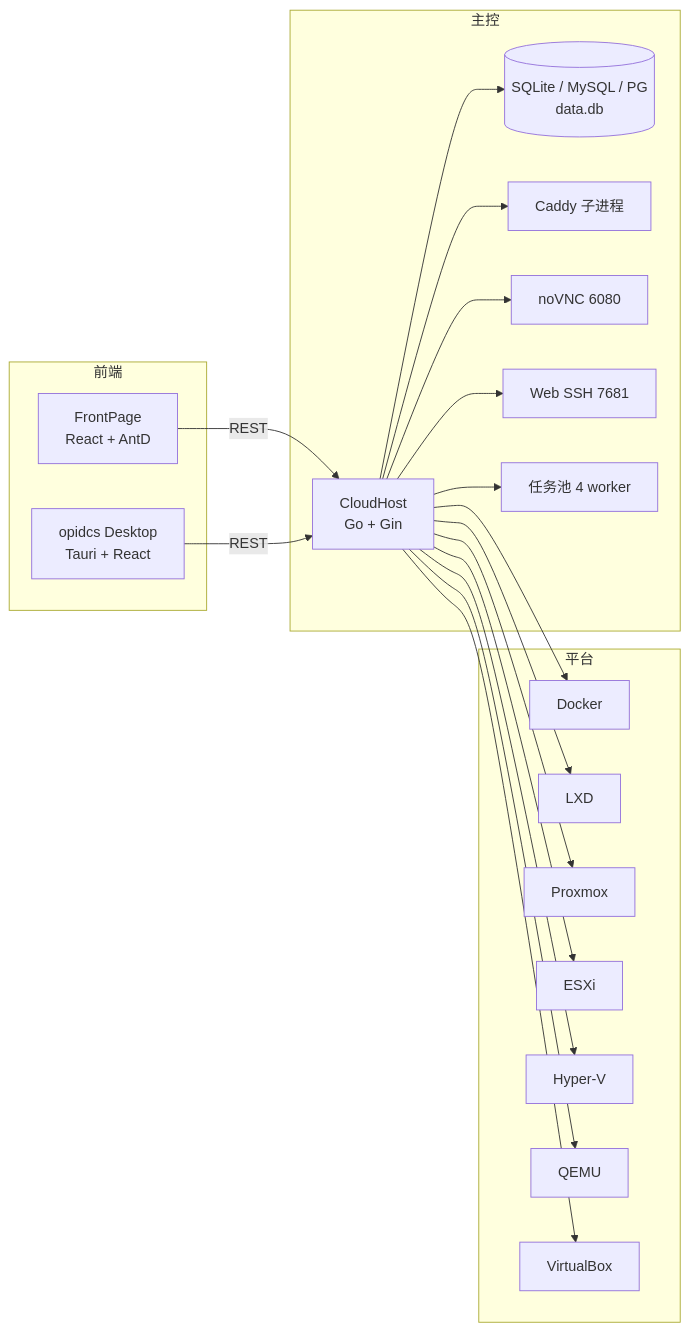
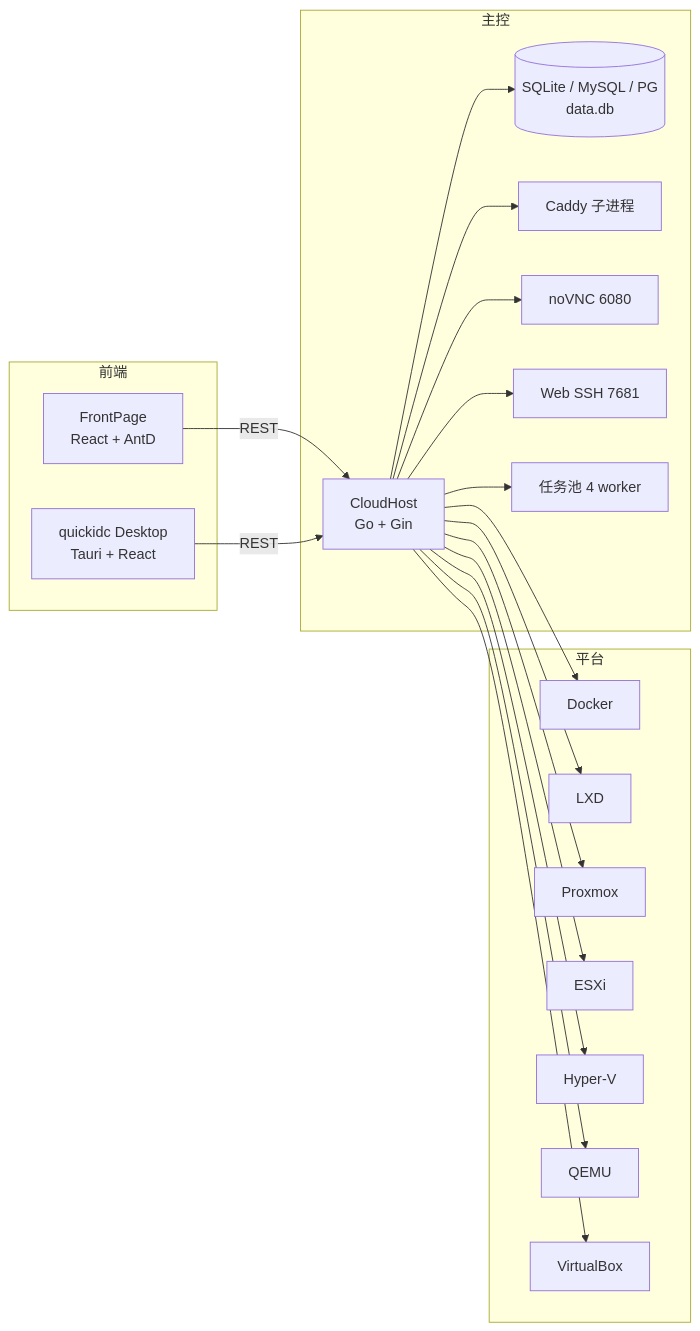
One commit to OpenIDCSTeam/Documents changed the diagram in docs/5-structure/0-index.md. Above: the diagram before and after it, drawn with Mermaid. The commit also changed other lines of this file and 138 other files, not shown here.

````diff
--- a/docs/5-structure/0-index.md
+++ b/docs/5-structure/0-index.md
@@ -19,32 +19,32 @@
 ```mermaid
 graph LR
     subgraph 前端
       FP[FrontPage<br/>React + AntD]
-      GUI[opidcs Desktop<br/>Tauri + React]
+      GUI[quickidc Desktop<br/>Tauri + React]
     end
     subgraph 主控
       CH[CloudHost<br/>Go + Gin]
       DB[(SQLite / MySQL / PG<br/>data.db)]
       CD[Caddy 子进程]
       VNC[noVNC 6080]
       SSH[Web SSH 7681]
       TASK[任务池 4 worker]
     end
     subgraph 平台
       P1[Docker]
       P2[LXD]
       P3[Proxmox]
       P4[ESXi]
       P5[Hyper-V]
       P6[QEMU]
       P7[VirtualBox]
     end
     FP -->|REST| CH
     GUI -->|REST| CH
     CH --> DB
     CH --> CD
     CH --> VNC
     CH --> SSH
     CH --> TASK
     CH --> P1 & P2 & P3 & P4 & P5 & P6 & P7
 ```
````
